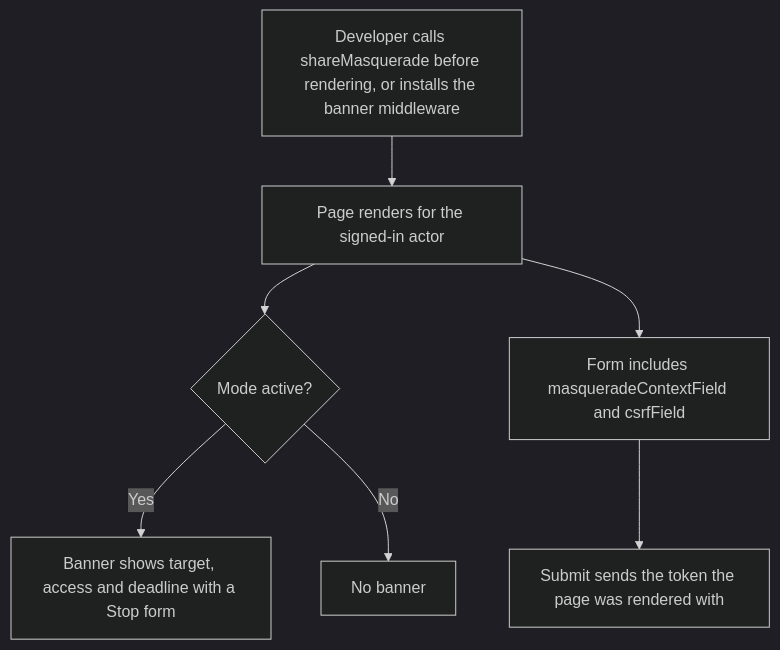
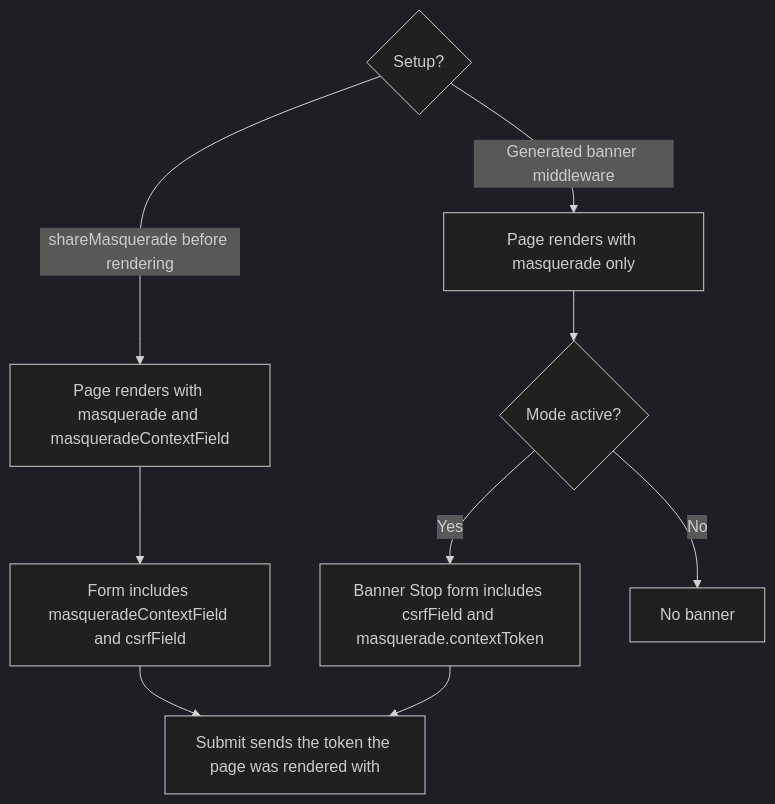
Before and after one commit to Kevinjohn/oss-adonisjs-masquerade: the first of 2 diagrams in user-stories/submit-context-token/us-context-02-share-edge-context.md, drawn with Mermaid (dark theme). The commit also changed other lines of this file and 3 other files, not shown here.

````diff
--- a/user-stories/submit-context-token/us-context-02-share-edge-context.md
+++ b/user-stories/submit-context-token/us-context-02-share-edge-context.md
@@ -22,9 +22,11 @@
 ```mermaid
 flowchart TD
-    A["Developer calls shareMasquerade before rendering, or installs the banner middleware"] --> B["Page renders for the signed-in actor"]
-    B --> C{"Mode active?"}
-    C -->|Yes| D["Banner shows target, access and deadline with a Stop form"]
+    A{"Setup?"} -->|shareMasquerade before rendering| B["Page renders with masquerade and masqueradeContextField"]
+    A -->|Generated banner middleware| H["Page renders with masquerade only"]
+    B --> F["Form includes masqueradeContextField and csrfField"]
+    H --> C{"Mode active?"}
+    C -->|Yes| D["Banner Stop form includes csrfField and masquerade.contextToken"]
     C -->|No| E["No banner"]
-    B --> F["Form includes masqueradeContextField and csrfField"]
     F --> G["Submit sends the token the page was rendered with"]
+    D --> G
 ```
````
